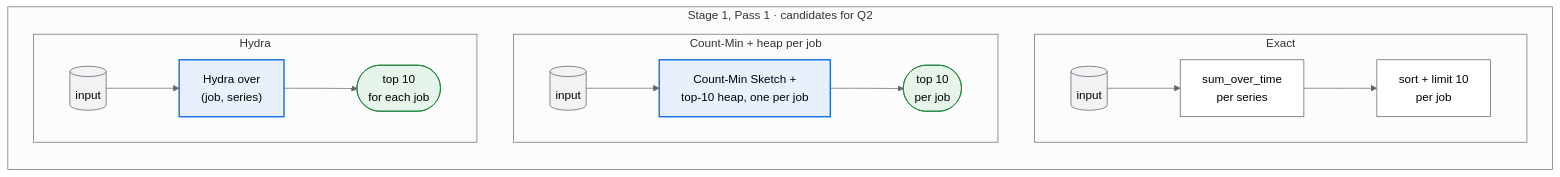
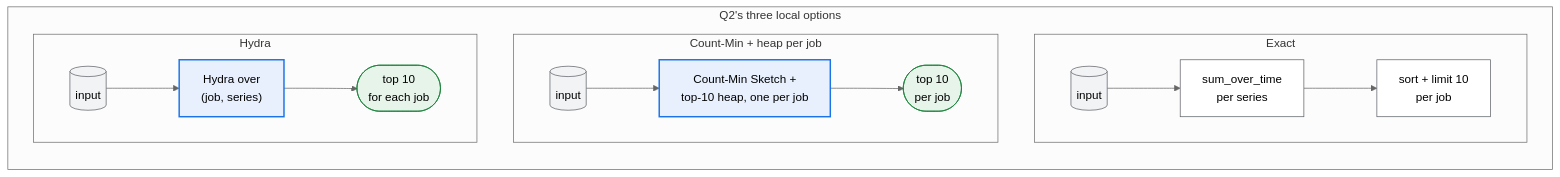
Before and after one commit to ProjectASAP/ASAPPlanner: the third of 11 diagrams in docs/design_docs/proposals/planner-layering.md, drawn with Mermaid (neutral theme). The commit also changed other lines of this file, not shown here.

````diff
--- a/docs/design_docs/proposals/planner-layering.md
+++ b/docs/design_docs/proposals/planner-layering.md
@@ -404,22 +422,22 @@
 ```mermaid
 flowchart LR
-  subgraph C["Stage 1, Pass 1 · candidates for Q2"]
+  subgraph C["Q2's three local options"]
     direction TB
     subgraph E["Exact"]
       direction LR
       e1[("input")]:::data --> e2["sum_over_time<br/>per series"]:::exact --> e3["sort + limit 10<br/>per job"]:::exact
     end
     subgraph CM["Count-Min + heap per job"]
       direction LR
       c1[("input")]:::data --> c2["Count-Min Sketch +<br/>top-10 heap, one per job"]:::summary --> c3(["top 10<br/>per job"]):::estimate
     end
     subgraph H["Hydra"]
       direction LR
       h1[("input")]:::data --> h2["Hydra over<br/>(job, series)"]:::summary --> h3(["top 10<br/>for each job"]):::estimate
     end
   end
   classDef data fill:#f1f3f4,stroke:#5f6368,color:#000;
   classDef exact fill:#fff,stroke:#5f6368,color:#000;
   classDef summary fill:#e8f0fe,stroke:#1a73e8,stroke-width:2px,color:#000;
   classDef estimate fill:#e6f4ea,stroke:#188038,color:#000;
 ```
````
